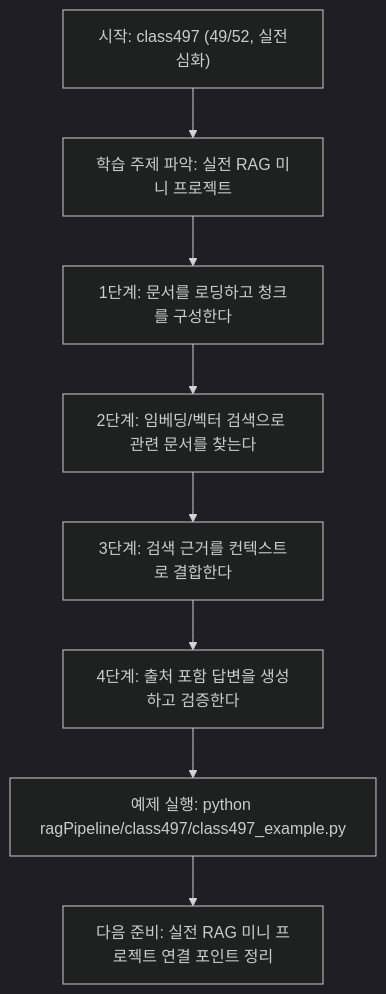
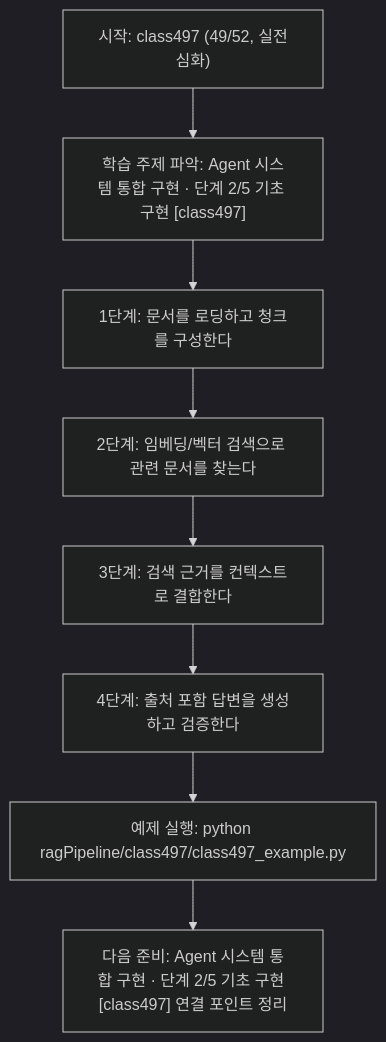
One commit to edumgt/Python-AI_Agent-Class changed the diagram in ragPipeline/class497/class497.md. Above: the diagram before and after it, drawn with Mermaid (dark theme). The commit also changed other lines of this file and 522 other files, not shown here.

````diff
--- a/ragPipeline/class497/class497.md
+++ b/ragPipeline/class497/class497.md
@@ -111,18 +112,18 @@
 ```mermaid
 flowchart TD
 N1["시작: class497 (49/52, 실전심화)"]
-N2["학습 주제 파악: 실전 RAG 미니 프로젝트"]
+N2["학습 주제 파악: Agent 시스템 통합 구현 · 단계 2/5 기초 구현 [class497]"]
 N3["1단계: 문서를 로딩하고 청크를 구성한다"]
 N4["2단계: 임베딩/벡터 검색으로 관련 문서를 찾는다"]
 N5["3단계: 검색 근거를 컨텍스트로 결합한다"]
 N6["4단계: 출처 포함 답변을 생성하고 검증한다"]
 N7["예제 실행: python ragPipeline/class497/class497_example.py"]
-N8["다음 준비: 실전 RAG 미니 프로젝트 연결 포인트 정리"]
+N8["다음 준비: Agent 시스템 통합 구현 · 단계 2/5 기초 구현 [class497] 연결 포인트 정리"]
 N1 --> N2
 N2 --> N3
 N3 --> N4
 N4 --> N5
 N5 --> N6
 N6 --> N7
 N7 --> N8
 ```
````
